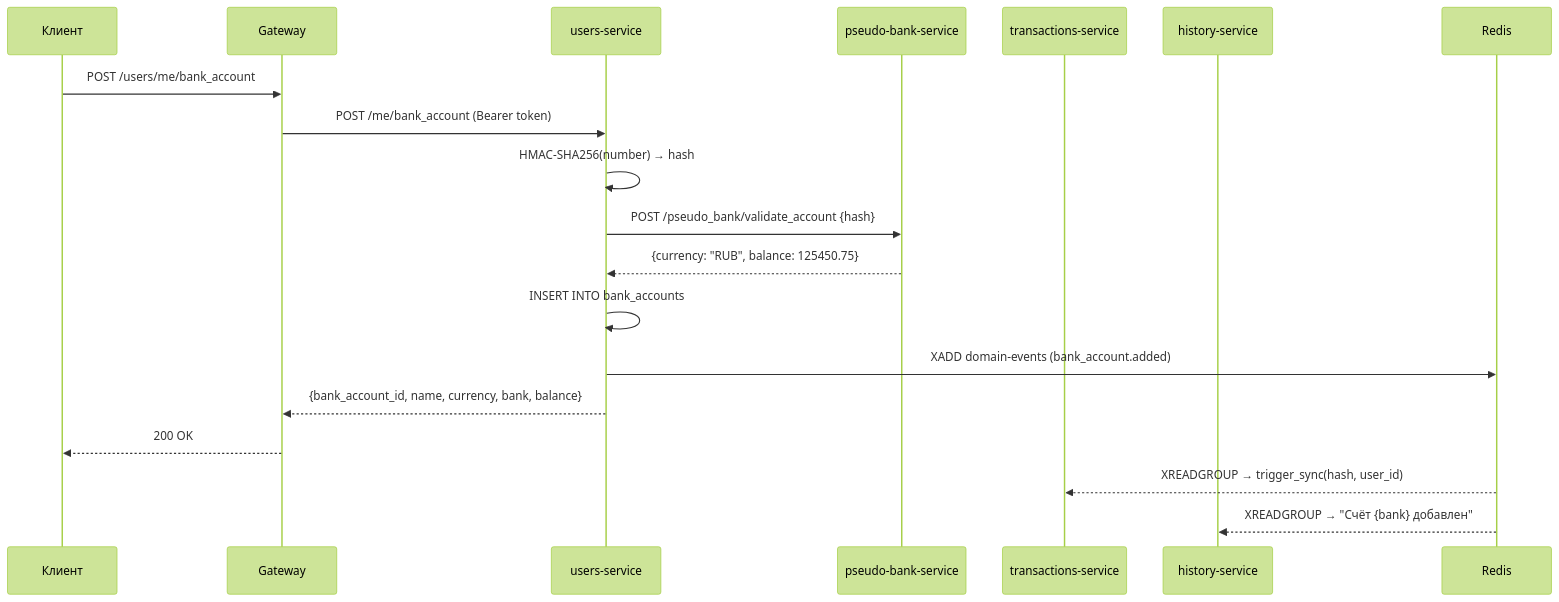
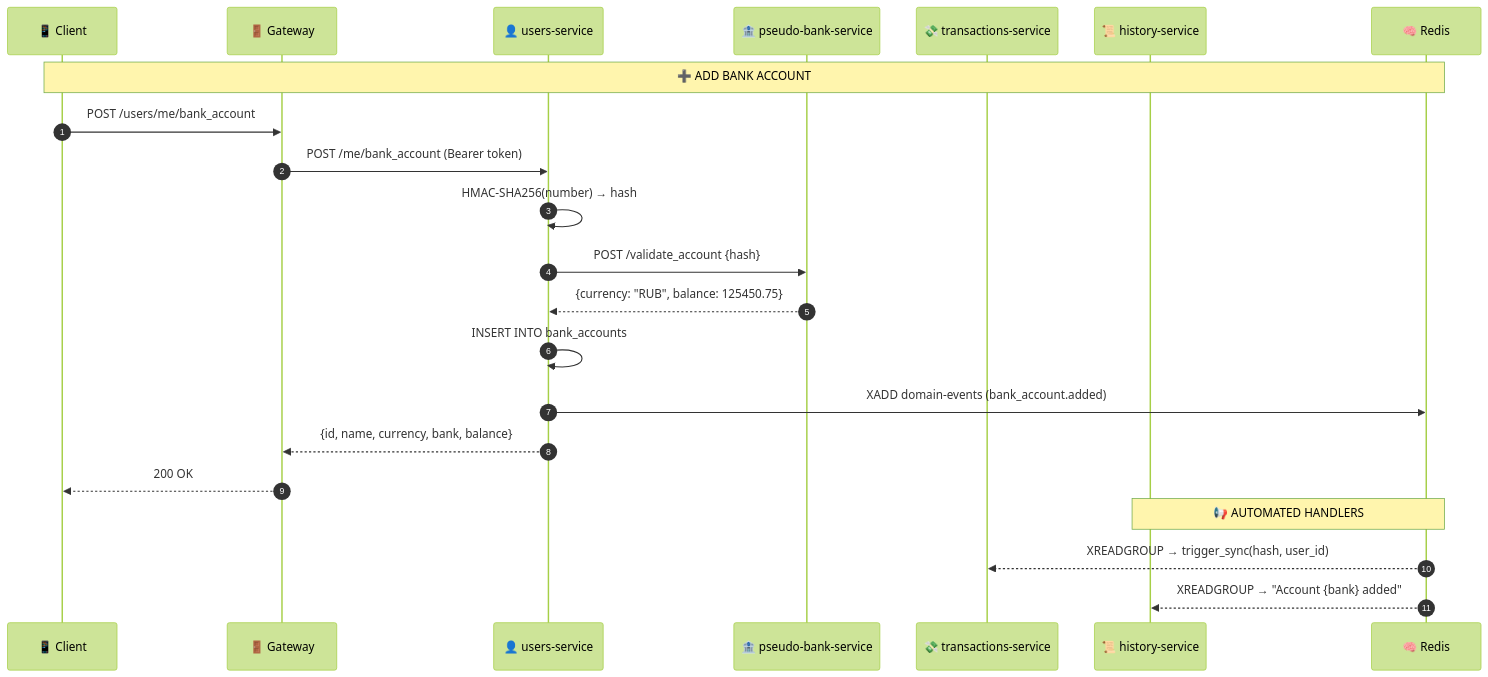
One commit to Alekcey5977/smart-budget-backend changed the diagram in docs/api/bank-accounts.md. Above: the diagram before and after it, drawn with Mermaid (forest theme). The commit also changed 10 other files, not shown here.

````diff
--- a/docs/api/bank-accounts.md
+++ b/docs/api/bank-accounts.md
@@ -7,22 +7,26 @@
 ```mermaid
 sequenceDiagram
-    participant C as Клиент
-    participant GW as Gateway
-    participant US as users-service
-    participant PBS as pseudo-bank-service
-    participant TR as transactions-service
-    participant HS as history-service
+    autonumber
+    participant C as 📱 Client
+    participant GW as 🚪 Gateway
+    participant US as 👤 users-service
+    participant PBS as 🏦 pseudo-bank-service
+    participant TR as 💸 transactions-service
+    participant HS as 📜 history-service
+    participant Redis as 🧠 Redis
 
+    Note over C,Redis: ➕ ADD BANK ACCOUNT
     C->>GW: POST /users/me/bank_account
     GW->>US: POST /me/bank_account (Bearer token)
     US->>US: HMAC-SHA256(number) → hash
-    US->>PBS: POST /pseudo_bank/validate_account {hash}
+    US->>PBS: POST /validate_account {hash}
     PBS-->>US: {currency: "RUB", balance: 125450.75}
     US->>US: INSERT INTO bank_accounts
     US->>Redis: XADD domain-events (bank_account.added)
-    US-->>GW: {bank_account_id, name, currency, bank, balance}
+    US-->>GW: {id, name, currency, bank, balance}
     GW-->>C: 200 OK
 
+    Note over Redis,HS: 📢 AUTOMATED HANDLERS
     Redis-->>TR: XREADGROUP → trigger_sync(hash, user_id)
-    Redis-->>HS: XREADGROUP → "Счёт {bank} добавлен"
+    Redis-->>HS: XREADGROUP → "Account {bank} added"
 ```
````
